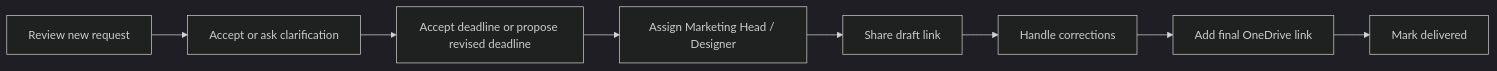
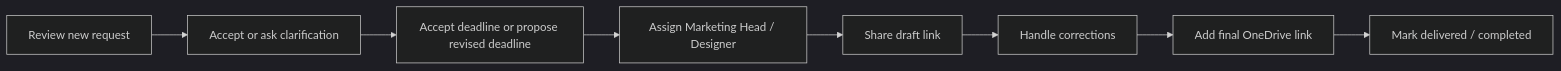
Before and after one commit to harsha-jivawater/jiva-farm-os: the ninth of 27 diagrams in docs/ROLE_BASED_USAGE_MANUAL.md, drawn with Mermaid (dark theme). The commit also changed other lines of this file and 3 other files, not shown here.

````diff
--- a/docs/ROLE_BASED_USAGE_MANUAL.md
+++ b/docs/ROLE_BASED_USAGE_MANUAL.md
@@ -652,10 +658,10 @@
 ```mermaid
 flowchart LR
   A["Review new request"] --> B["Accept or ask clarification"]
   B --> C["Accept deadline or propose revised deadline"]
   C --> D["Assign Marketing Head / Designer"]
   D --> E["Share draft link"]
   E --> F["Handle corrections"]
   F --> G["Add final OneDrive link"]
-  G --> H["Mark delivered"]
+  G --> H["Mark delivered / completed"]
 ```
````
